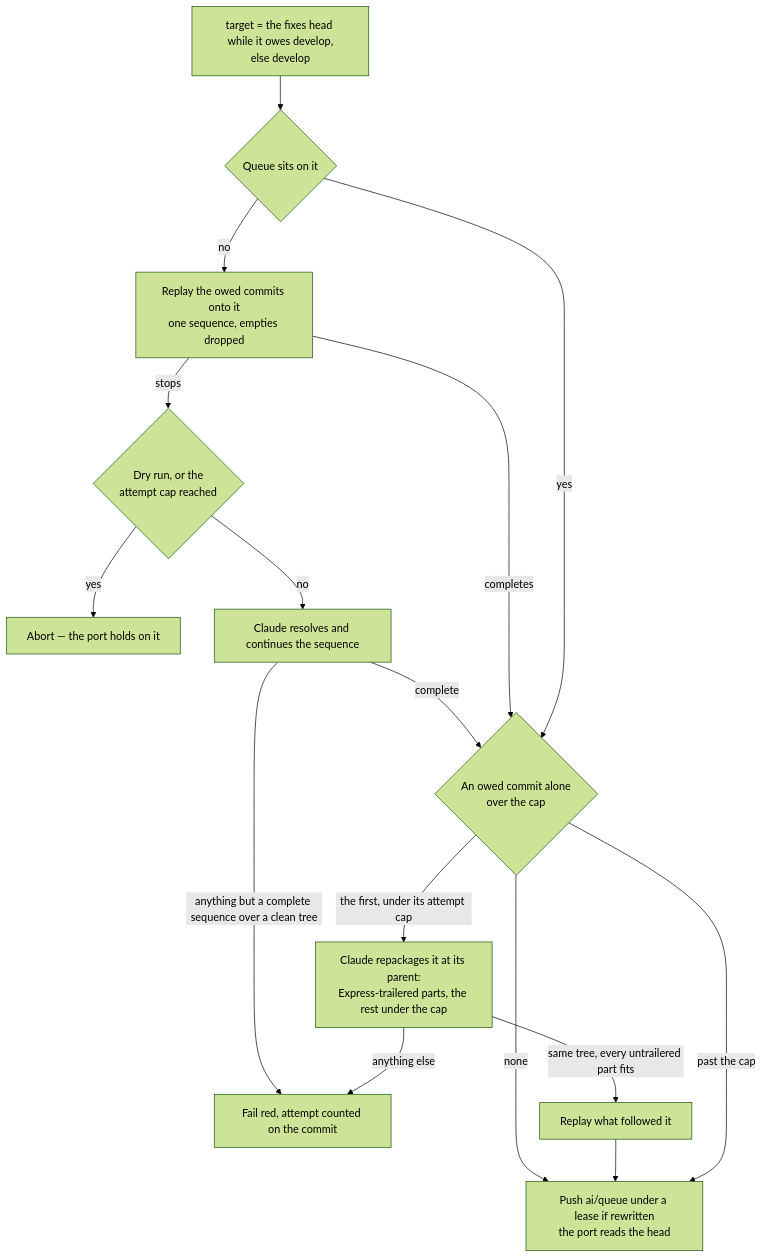
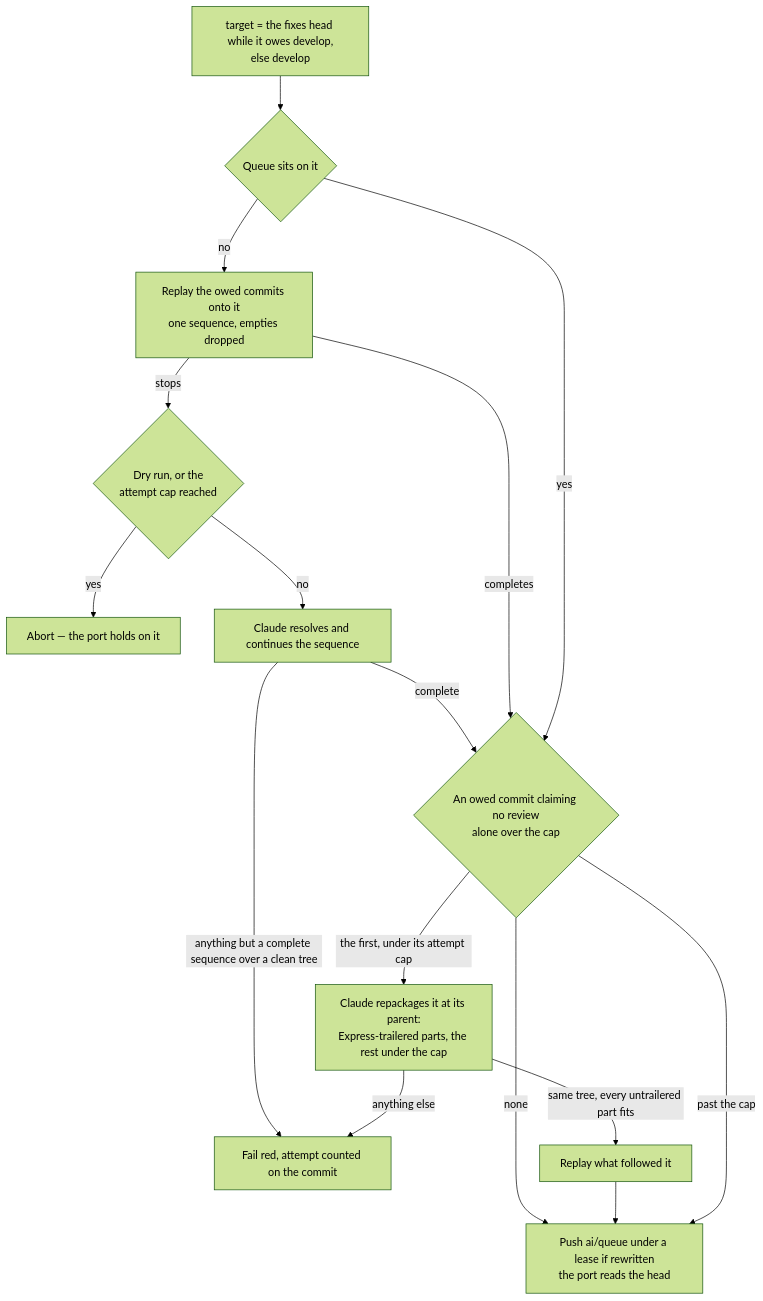
The third of 4 diagrams in apps/web/content/docs/infra/review-collector/collection-cycle.md (Esposter/Esposter), drawn with Mermaid (forest theme) before and after one commit. The commit also changed other lines of this file, not shown here.

First line of the commit message:
docs(review-collector): the sync diagram and the re-run table name what the cap measures

````diff
--- a/apps/web/content/docs/infra/review-collector/collection-cycle.md
+++ b/apps/web/content/docs/infra/review-collector/collection-cycle.md
@@ -92,17 +92,17 @@
 ```mermaid
 flowchart TD
   T[target = the fixes head while it owes develop,<br/>else develop] --> A{Queue sits on it}
   A -->|no| R[Replay the owed commits onto it<br/>one sequence, empties dropped]
   R -->|stops| C{Dry run, or the<br/>attempt cap reached}
   C -->|yes| AB[Abort — the port holds on it]
   C -->|no| CL[Claude resolves and continues the sequence]
   CL -->|anything but a complete sequence over a clean tree| F[Fail red, attempt counted on the commit]
   CL -->|complete| RS
   R -->|completes| RS
-  A -->|yes| RS{An owed commit alone<br/>over the cap}
+  A -->|yes| RS{An owed commit claiming no review<br/>alone over the cap}
   RS -->|none| P[Push ai/queue under a lease if rewritten<br/>the port reads the head]
   RS -->|the first, under its attempt cap| SH[Claude repackages it at its parent:<br/>Express-trailered parts, the rest under the cap]
   SH -->|same tree, every untrailered part fits| RP[Replay what followed it] --> P
   SH -->|anything else| F
   RS -->|past the cap| P
 ```
````
